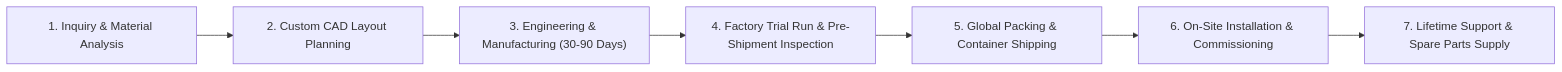
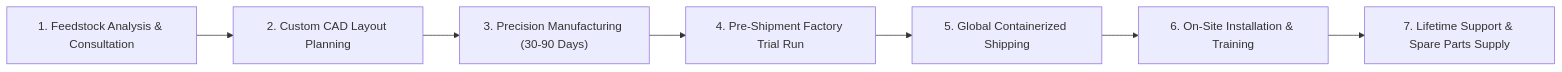
Before and after one commit to Rumtoo/rumtoo-machine: the diagram in README.md, drawn with Mermaid. The commit also changed other lines of this file and 1 other file, not shown here.

````diff
--- a/README.md
+++ b/README.md
@@ -143,9 +201,9 @@
 ```mermaid
 flowchart LR
-    A["1. Inquiry & Material Analysis"] --> B["2. Custom CAD Layout Planning"]
-    B --> C["3. Engineering & Manufacturing (30-90 Days)"]
-    C --> D["4. Factory Trial Run & Pre-Shipment Inspection"]
-    D --> E["5. Global Packing & Container Shipping"]
-    E --> F["6. On-Site Installation & Commissioning"]
+    A["1. Feedstock Analysis & Consultation"] --> B["2. Custom CAD Layout Planning"]
+    B --> C["3. Precision Manufacturing (30-90 Days)"]
+    C --> D["4. Pre-Shipment Factory Trial Run"]
+    D --> E["5. Global Containerized Shipping"]
+    E --> F["6. On-Site Installation & Training"]
     F --> G["7. Lifetime Support & Spare Parts Supply"]
 ```
````
